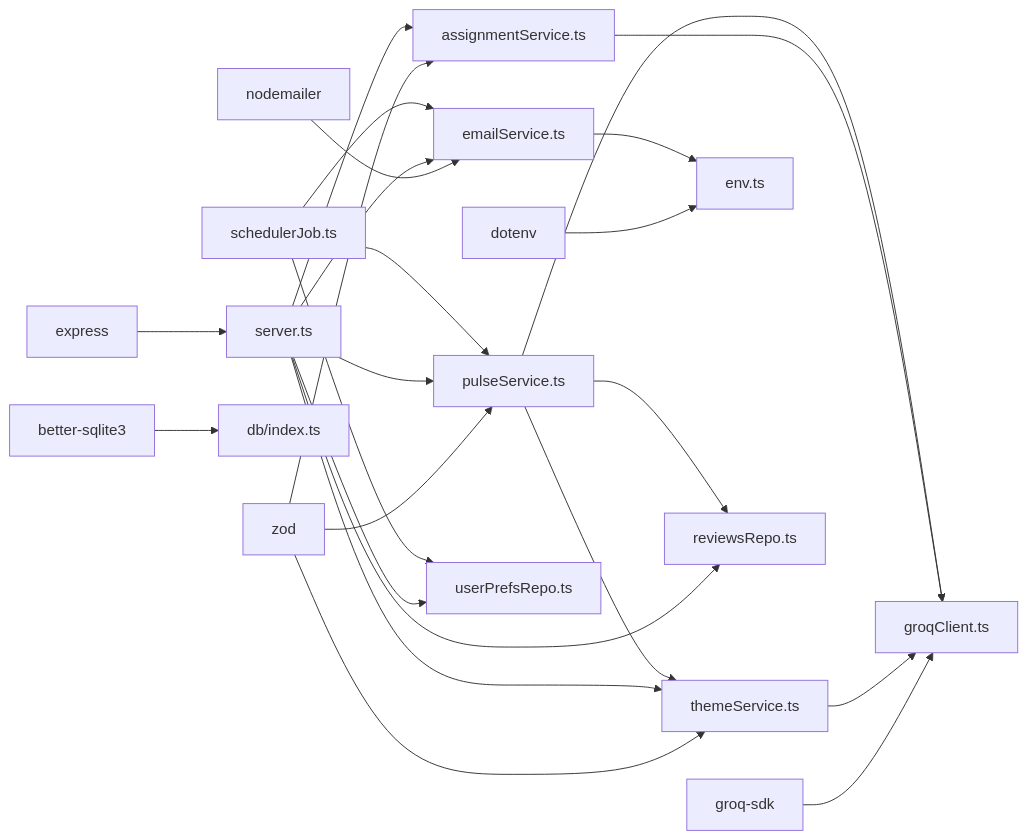
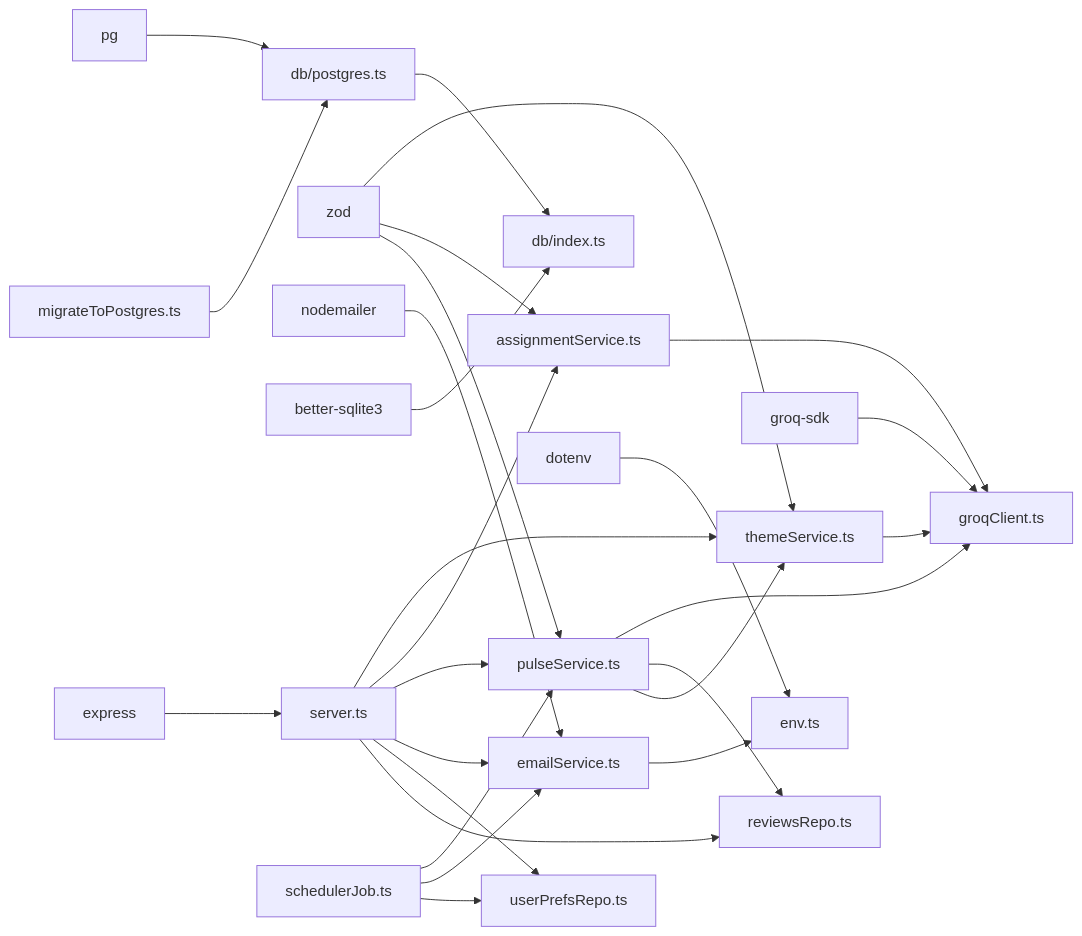
Diagram 13 of 13 in .qoder/repowiki/en/content/Phase 2_ Advanced Analytics & Automation/Phase 2_ Advanced Analytics & Automation.md (aravinthraj-ramalingam/Groww-App-Review-Insights-Analyzer-), drawn with Mermaid before and after one commit. The commit also changed other lines of this file and 5 other files, not shown here.

````diff
--- a/.qoder/repowiki/en/content/Phase 2_ Advanced Analytics & Automation/Phase 2_ Advanced Analytics & Automation.md
+++ b/.qoder/repowiki/en/content/Phase 2_ Advanced Analytics & Automation/Phase 2_ Advanced Analytics & Automation.md
@@ -501,26 +618,29 @@
 ```mermaid
 graph LR
 Express["express"] --> API["server.ts"]
 Zod["zod"] --> Theme["themeService.ts"]
 Zod --> Assign["assignmentService.ts"]
 Zod --> Pulse["pulseService.ts"]
 GroqSDK["groq-sdk"] --> Groq["groqClient.ts"]
 Nodemailer["nodemailer"] --> Email["emailService.ts"]
 Dotenv["dotenv"] --> Env["env.ts"]
 BetterSqlite3["better-sqlite3"] --> DB["db/index.ts"]
+Pg["pg"] --> PG["db/postgres.ts"]
 API --> Theme
 API --> Assign
 API --> Pulse
 API --> Email
 API --> Pref["userPrefsRepo.ts"]
 API --> Repo["reviewsRepo.ts"]
 Theme --> Groq
 Assign --> Groq
 Pulse --> Groq
 Pulse --> Repo
 Pulse --> Theme
 Email --> Env
 Scheduler["schedulerJob.ts"] --> Pulse
 Scheduler --> Email
 Scheduler --> Pref
+PG --> DB
+MIG["migrateToPostgres.ts"] --> PG
 ```
````
